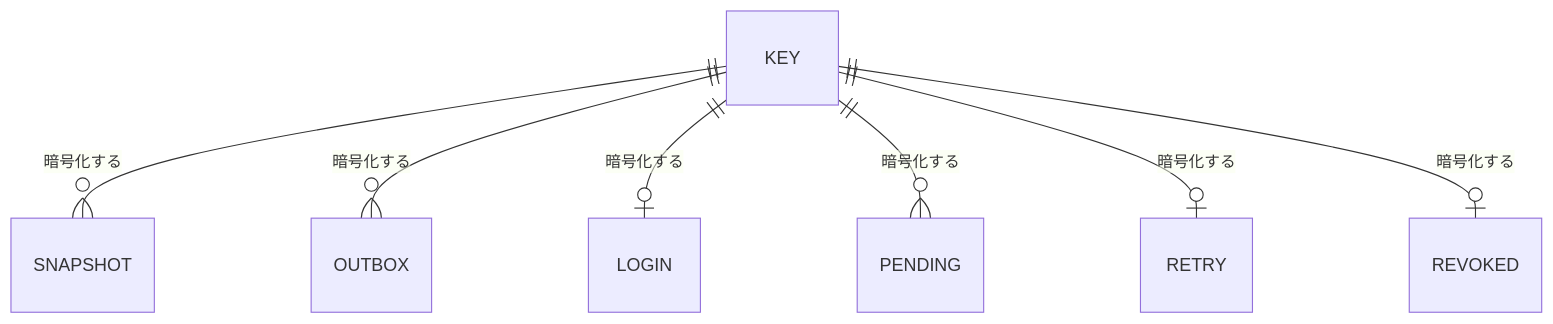
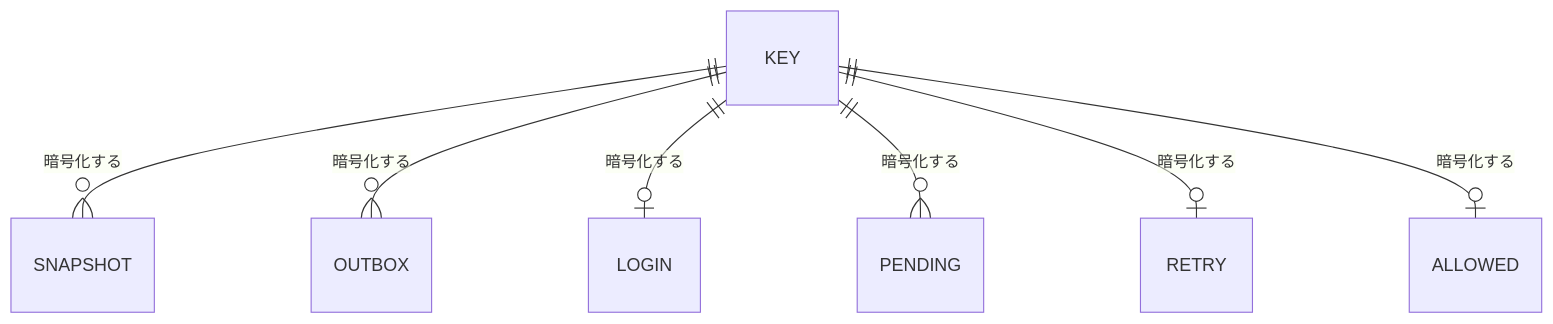
The fourth of 5 diagrams in issues/issue-12-design.md (devbasex/nd-factory), drawn with Mermaid before and after one commit. The commit also changed other lines of this file, not shown here.

````diff
--- a/issues/issue-12-design.md
+++ b/issues/issue-12-design.md
@@ -219,9 +219,9 @@
 ```mermaid
 erDiagram
   KEY ||--o{ SNAPSHOT : 暗号化する
   KEY ||--o{ OUTBOX : 暗号化する
   KEY ||--o| LOGIN : 暗号化する
   KEY ||--o{ PENDING : 暗号化する
   KEY ||--o| RETRY : 暗号化する
-  KEY ||--o| REVOKED : 暗号化する
+  KEY ||--o| ALLOWED : 暗号化する
 ```
````
